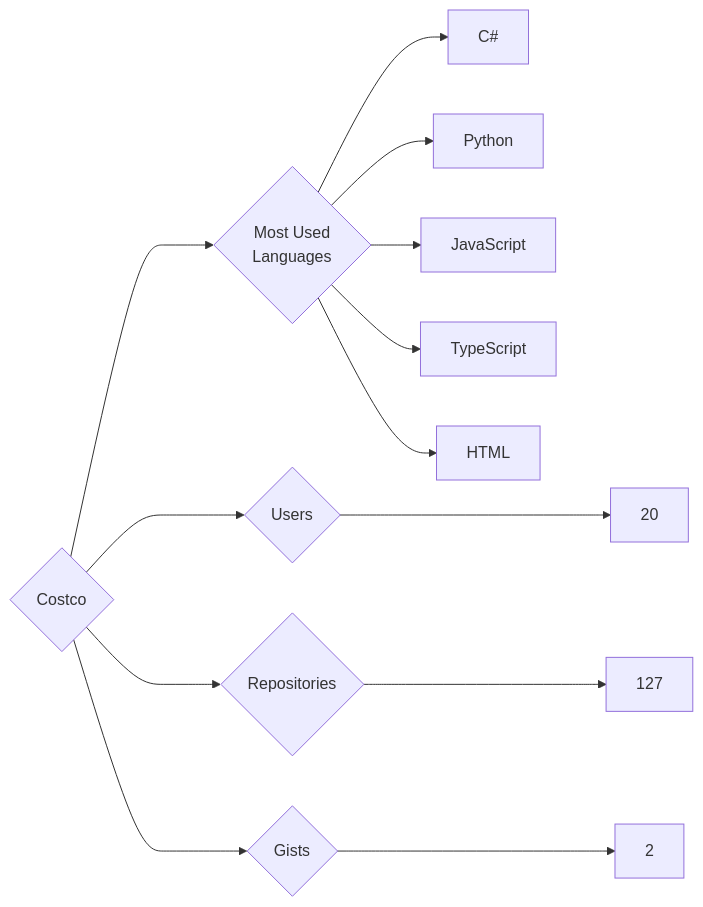
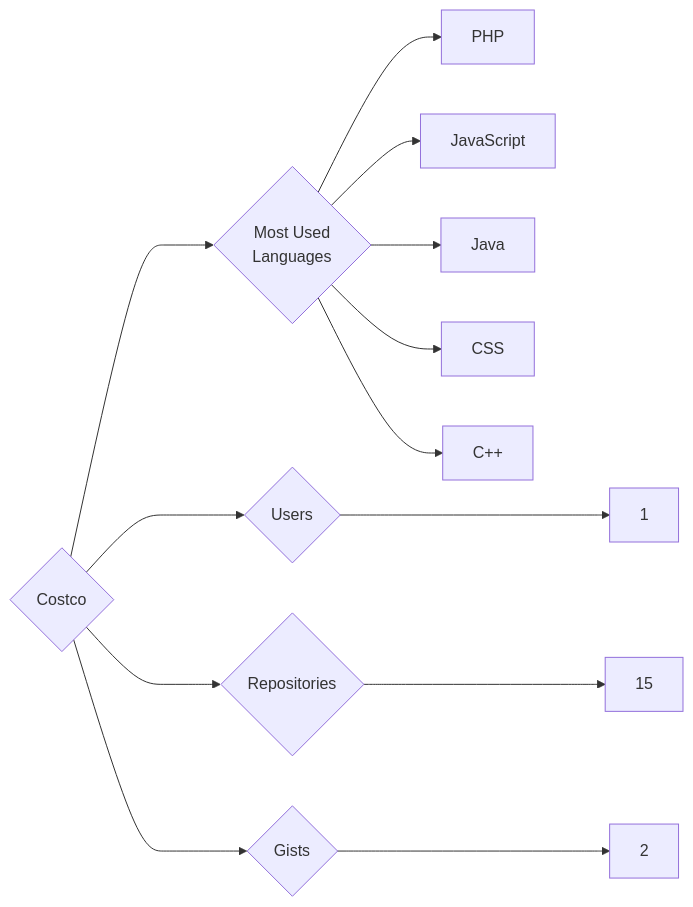
Before and after one commit to trickest/insiders: the diagram in targets/Costco/README.md, drawn with Mermaid. The commit also changed 882 other files, not shown here.

````diff
--- a/targets/Costco/README.md
+++ b/targets/Costco/README.md
@@ -3,13 +3,13 @@
 ```mermaid
 graph LR
 COMPANY_NAME{Costco}
-COMPANY_NAME ---> U{Users} ---> UN[20]
-COMPANY_NAME ---> R{Repositories} ---> RN[127]
+COMPANY_NAME ---> U{Users} ---> UN[1]
+COMPANY_NAME ---> R{Repositories} ---> RN[15]
 COMPANY_NAME ---> G{Gists} ---> GN[2]
 COMPANY_NAME ---> ML{Most Used<br>Languages}
-ML --> C#[C#]
-ML --> Python[Python]
+ML --> PHP[PHP]
 ML --> JavaScript[JavaScript]
-ML --> TypeScript[TypeScript]
-ML --> HTML[HTML]
+ML --> Java[Java]
+ML --> CSS[CSS]
+ML --> C++[C++]
 ```
````
